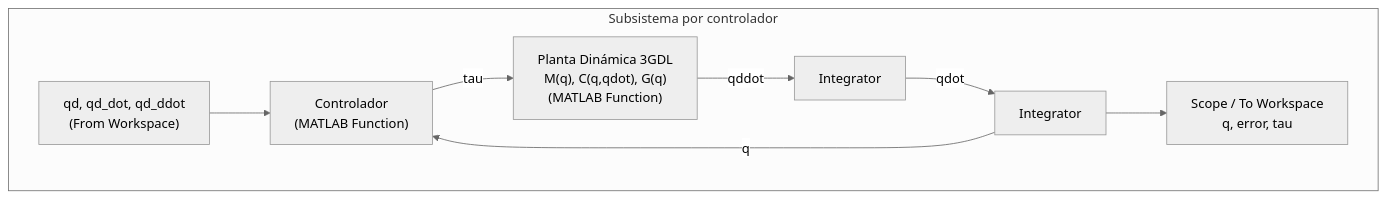
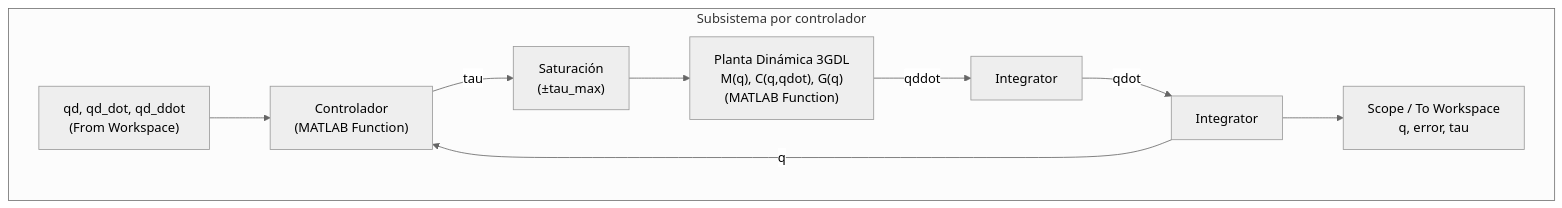
The diagram in README.md (webconceptos/Robotica3GDL), drawn with Mermaid (neutral theme) before and after one commit. The commit also changed other lines of this file and 4 other files, not shown here.

````diff
--- a/README.md
+++ b/README.md
@@ -158,9 +172,10 @@
 ```mermaid
 flowchart TD
     subgraph Subsistema por controlador
     QD["qd, qd_dot, qd_ddot<br/>(From Workspace)"] --> CTRL["Controlador<br/>(MATLAB Function)"]
-    CTRL -->|tau| PLANT["Planta Dinámica 3GDL<br/>M(q), C(q,qdot), G(q)<br/>(MATLAB Function)"]
+    CTRL -->|tau| SAT["Saturación<br/>(±tau_max)"]
+    SAT --> PLANT["Planta Dinámica 3GDL<br/>M(q), C(q,qdot), G(q)<br/>(MATLAB Function)"]
     PLANT -->|qddot| INT1["Integrator"] -->|qdot| INT2["Integrator"] -->|q| CTRL
     INT2 --> SCOPE["Scope / To Workspace<br/>q, error, tau"]
     end
 ```
````
